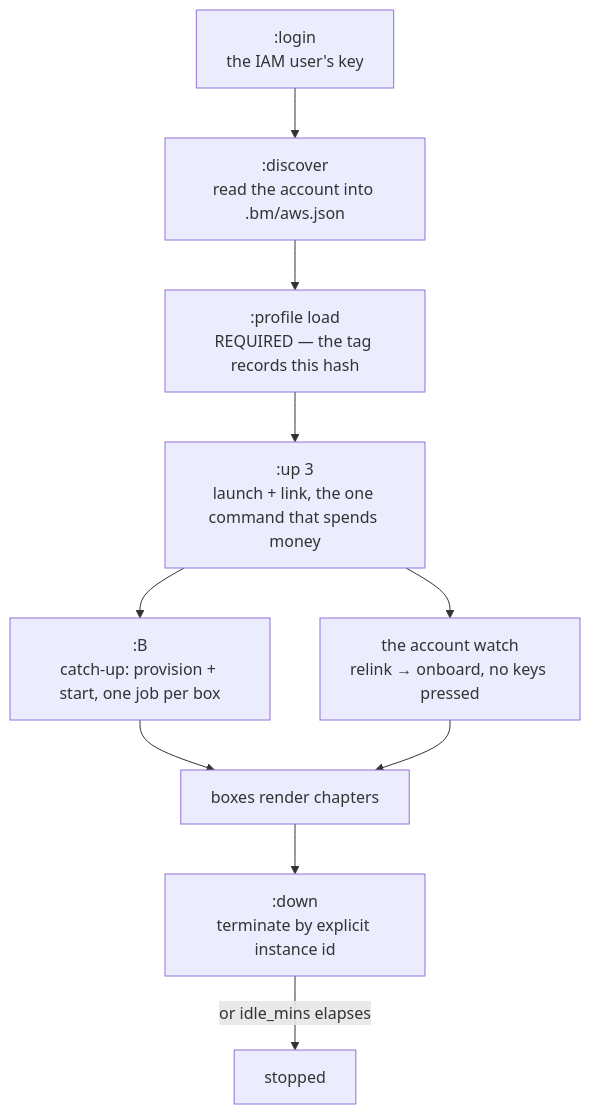
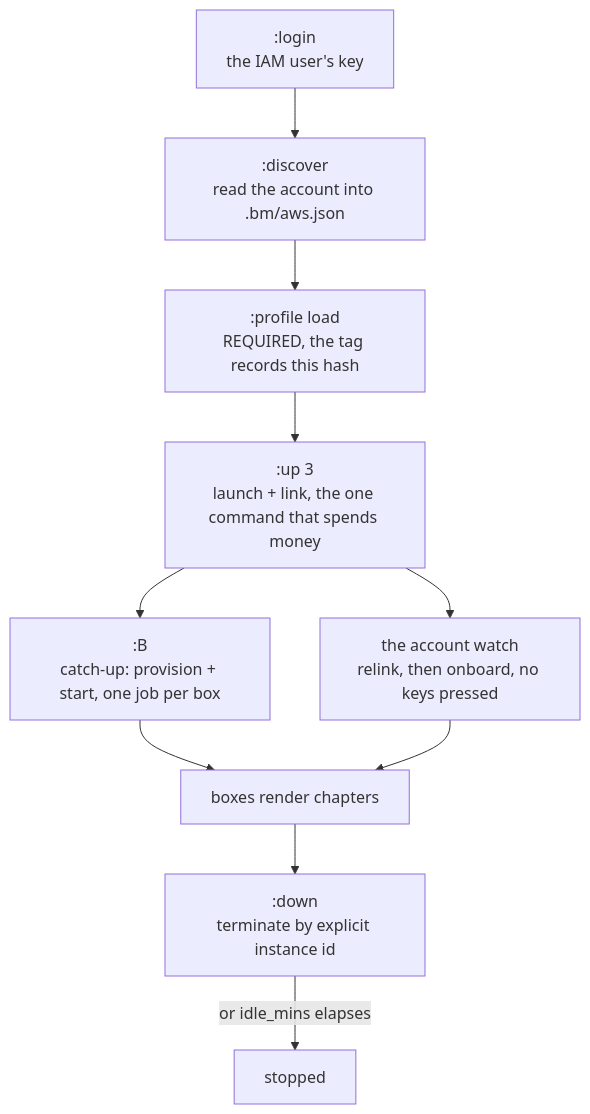
Before and after one commit to lhuthng/storycast: the seventh of 7 diagrams in docs/ARCHITECTURE.md, drawn with Mermaid. The commit also changed other lines of this file and 8 other files, not shown here.

````diff
--- a/docs/ARCHITECTURE.md
+++ b/docs/ARCHITECTURE.md
@@ -1189,12 +1202,12 @@
 ```mermaid
 flowchart TB
     LOGIN[":login<br/>the IAM user's key"] --> DISC[":discover<br/>read the account into .bm/aws.json"]
-    DISC --> PROF[":profile load<br/>REQUIRED — the tag records this hash"]
+    DISC --> PROF[":profile load<br/>REQUIRED, the tag records this hash"]
     PROF --> UP[":up 3<br/>launch + link, the one command that spends money"]
-    UP --> WATCH["the account watch<br/>relink → onboard, no keys pressed"]
+    UP --> WATCH["the account watch<br/>relink, then onboard, no keys pressed"]
     UP --> B[":B<br/>catch-up: provision + start, one job per box"]
     B --> WORK["boxes render chapters"]
     WATCH --> WORK
     WORK --> DOWN[":down<br/>terminate by explicit instance id"]
     DOWN -->|"or idle_mins elapses"| OFF["stopped"]
 ```
````
